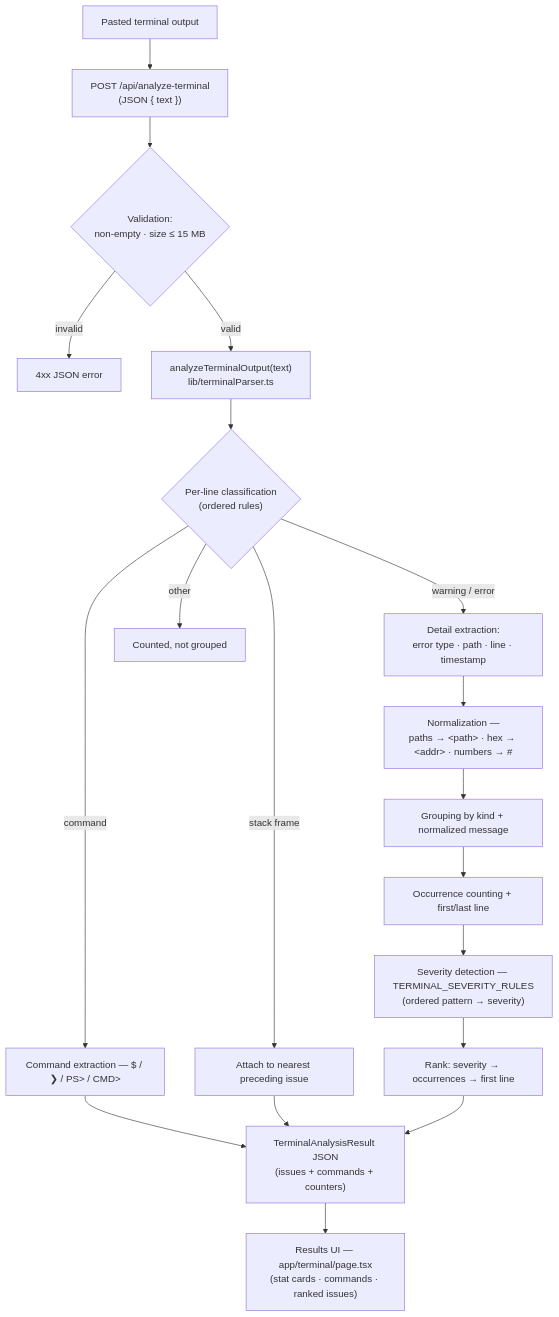
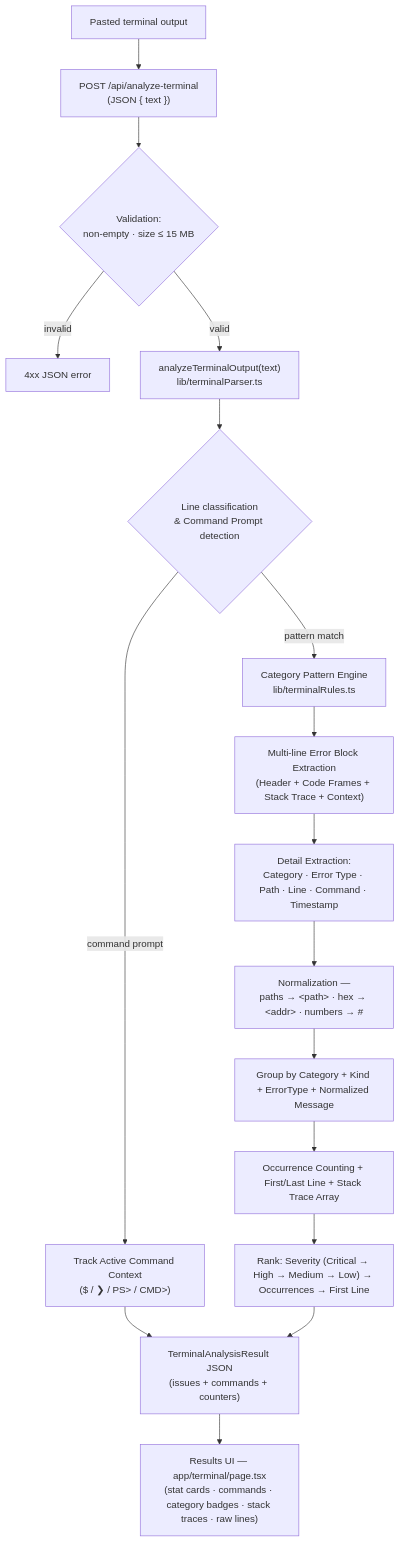
The diagram in architectures/archter.md (Manas-Dikshit/log_analyzer), drawn with Mermaid before and after one commit. The commit also changed other lines of this file, not shown here.

Commit message:
docs: add architecture documentation for the terminal error analyzer system

````diff
--- a/architectures/archter.md
+++ b/architectures/archter.md
@@ -8,21 +8,19 @@
 ```mermaid
 flowchart TD
     A[Pasted terminal output] --> B["POST /api/analyze-terminal<br/>(JSON { text })"]
     B --> C{Validation:<br/>non-empty · size ≤ 15 MB}
     C -- invalid --> C1[4xx JSON error]
     C -- valid --> D["analyzeTerminalOutput(text)<br/>lib/terminalParser.ts"]
-    D --> E{"Per-line classification<br/>(ordered rules)"}
-    E -->|command| F[Command extraction — $ / ❯ / PS> / CMD>]
-    E -->|stack frame| G[Attach to nearest preceding issue]
-    E -->|warning / error| H[Detail extraction:<br/>error type · path · line · timestamp]
-    E -->|other| Z[Counted, not grouped]
-    H --> I["Normalization —<br/>paths → &lt;path&gt; · hex → &lt;addr&gt; · numbers → #"]
-    I --> J[Grouping by kind + normalized message]
-    J --> K[Occurrence counting + first/last line]
-    K --> L["Severity detection — TERMINAL_SEVERITY_RULES<br/>(ordered pattern → severity)"]
-    L --> M[Rank: severity → occurrences → first line]
+    D --> E{"Line classification<br/>& Command Prompt detection"}
+    E -->|command prompt| F["Track Active Command Context<br/>($ / ❯ / PS> / CMD>)"]
+    E -->|pattern match| G["Category Pattern Engine<br/>lib/terminalRules.ts"]
+    G --> H["Multi-line Error Block Extraction<br/>(Header + Code Frames + Stack Trace + Context)"]
+    H --> I["Detail Extraction:<br/>Category · Error Type · Path · Line · Command · Timestamp"]
+    I --> J["Normalization —<br/>paths → &lt;path&gt; · hex → &lt;addr&gt; · numbers → #"]
+    J --> K["Group by Category + Kind + ErrorType + Normalized Message"]
+    K --> L["Occurrence Counting + First/Last Line + Stack Trace Array"]
+    L --> M["Rank: Severity (Critical → High → Medium → Low) → Occurrences → First Line"]
     F --> N["TerminalAnalysisResult JSON<br/>(issues + commands + counters)"]
-    G --> N
     M --> N
-    N --> O["Results UI — app/terminal/page.tsx<br/>(stat cards · commands · ranked issues)"]
+    N --> O["Results UI — app/terminal/page.tsx<br/>(stat cards · commands · category badges · stack traces · raw lines)"]
 ```
````
